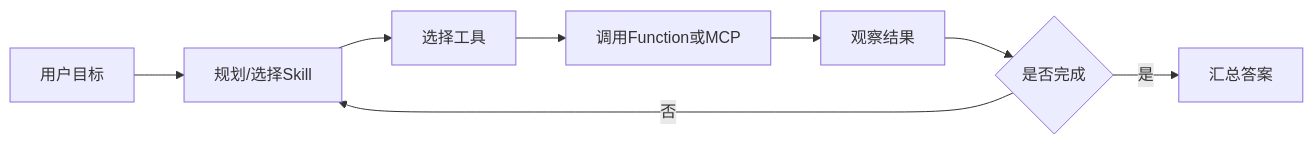
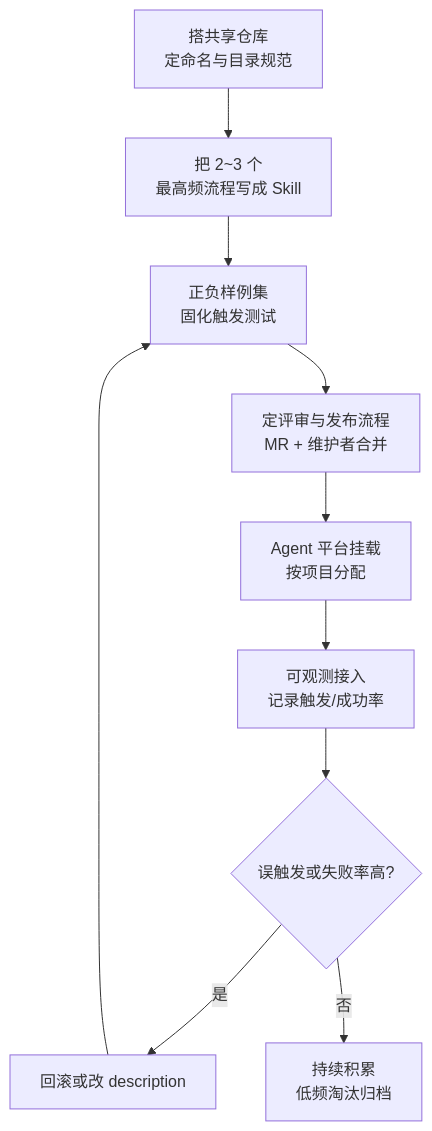
The diagram in 10-AI应用开发/05-Agent-MCP-Skills/15-Skills在企业落地的模式.md (GuoWWWX/knowledge-base), drawn with Mermaid before and after one commit. The commit also changed other lines of this file and 35 other files, not shown here.

````diff
--- a/10-AI应用开发/05-Agent-MCP-Skills/15-Skills在企业落地的模式.md
+++ b/10-AI应用开发/05-Agent-MCP-Skills/15-Skills在企业落地的模式.md
@@ -47,10 +116,12 @@
 ```mermaid
-flowchart LR
-    A[用户目标] --> B[规划/选择Skill]
-    B --> C[选择工具]
-    C --> D[调用Function或MCP]
-    D --> E[观察结果]
-    E --> F{是否完成}
-    F -->|否| B
-    F -->|是| G[汇总答案]
+flowchart TD
+    A[搭共享仓库<br/>定命名与目录规范] --> B[把 2~3 个<br/>最高频流程写成 Skill]
+    B --> C[正负样例集<br/>固化触发测试]
+    C --> D[定评审与发布流程<br/>MR + 维护者合并]
+    D --> E[Agent 平台挂载<br/>按项目分配]
+    E --> F[可观测接入<br/>记录触发/成功率]
+    F --> G{误触发或失败率高?}
+    G -->|是| H[回滚或改 description]
+    G -->|否| I[持续积累<br/>低频淘汰归档]
+    H --> C
 ```
````
